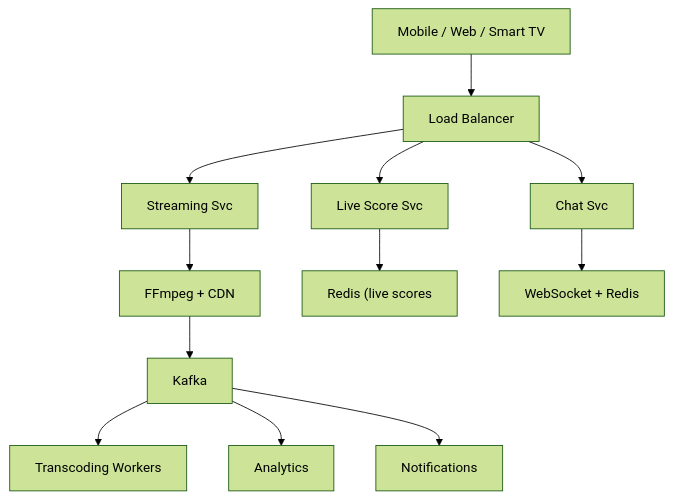
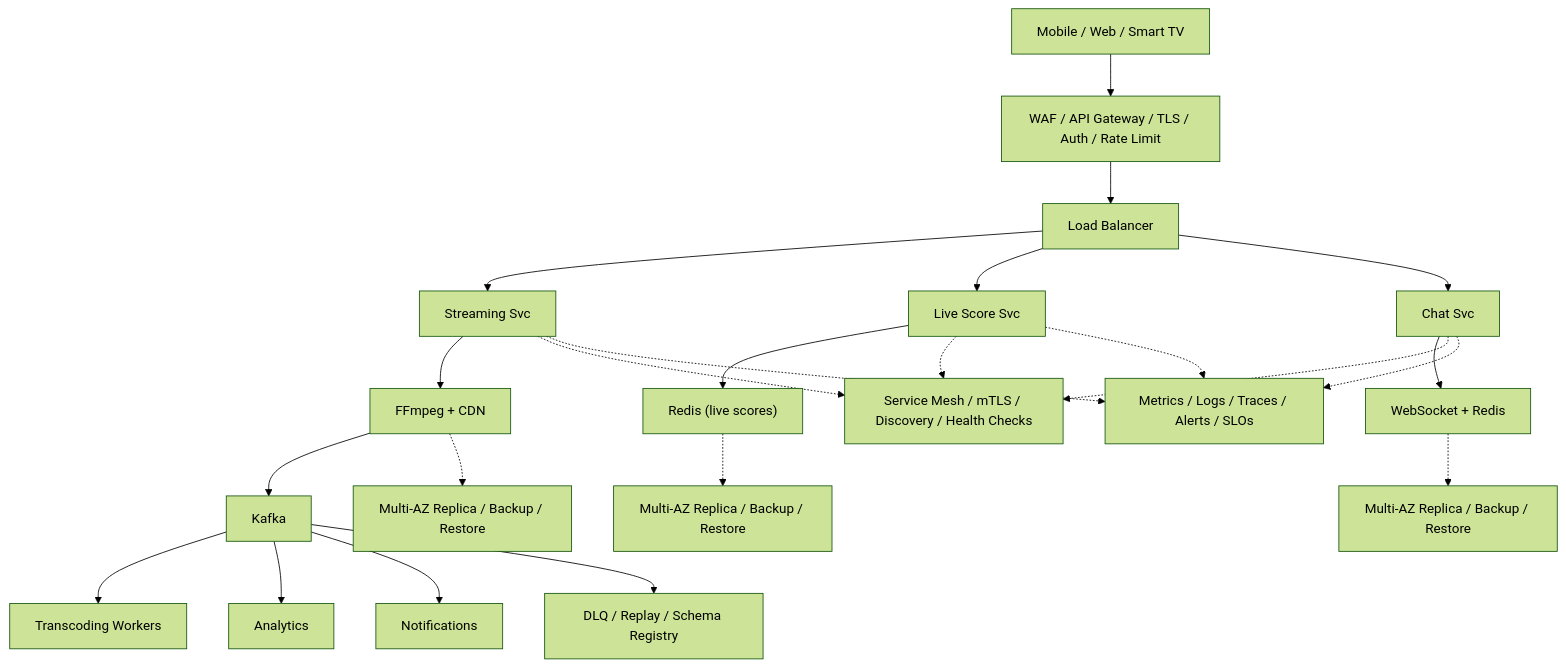
One commit to aishwary11/system-design changed the diagram in system-design-hotstar.md. Above: the diagram before and after it, drawn with Mermaid (forest theme). The commit also changed other lines of this file and 31 other files, not shown here.

Commit message:
Add production-grade architecture details

````diff
--- a/system-design-hotstar.md
+++ b/system-design-hotstar.md
@@ -44,14 +44,25 @@
 ```mermaid
 flowchart TB
-    clients["Mobile / Web / Smart TV"] --> lb["Load Balancer"]
+    clients["Mobile / Web / Smart TV"] --> edge["WAF / API Gateway / TLS / Auth / Rate Limit"]
+    edge --> lb["Load Balancer"]
     lb --> svc0["Streaming Svc"]
     lb --> svc1["Live Score Svc"]
     lb --> svc2["Chat Svc"]
     svc0 --> store0["FFmpeg + CDN"]
-    svc1 --> store1["Redis (live scores"]
+    svc1 --> store1["Redis (live scores)"]
     svc2 --> store2["WebSocket + Redis"]
     store0 --> stream["Kafka"]
     stream --> worker0["Transcoding Workers"]
     stream --> worker1["Analytics"]
     stream --> worker2["Notifications"]
+    svc0 -.-> platform["Service Mesh / mTLS / Discovery / Health Checks"]
+    svc1 -.-> platform
+    svc2 -.-> platform
+    store0 -.-> backup0["Multi-AZ Replica / Backup / Restore"]
+    store1 -.-> backup1["Multi-AZ Replica / Backup / Restore"]
+    store2 -.-> backup2["Multi-AZ Replica / Backup / Restore"]
+    stream --> dlq["DLQ / Replay / Schema Registry"]
+    svc0 -.-> ops["Metrics / Logs / Traces / Alerts / SLOs"]
+    svc1 -.-> ops
+    svc2 -.-> ops
 ```
````
